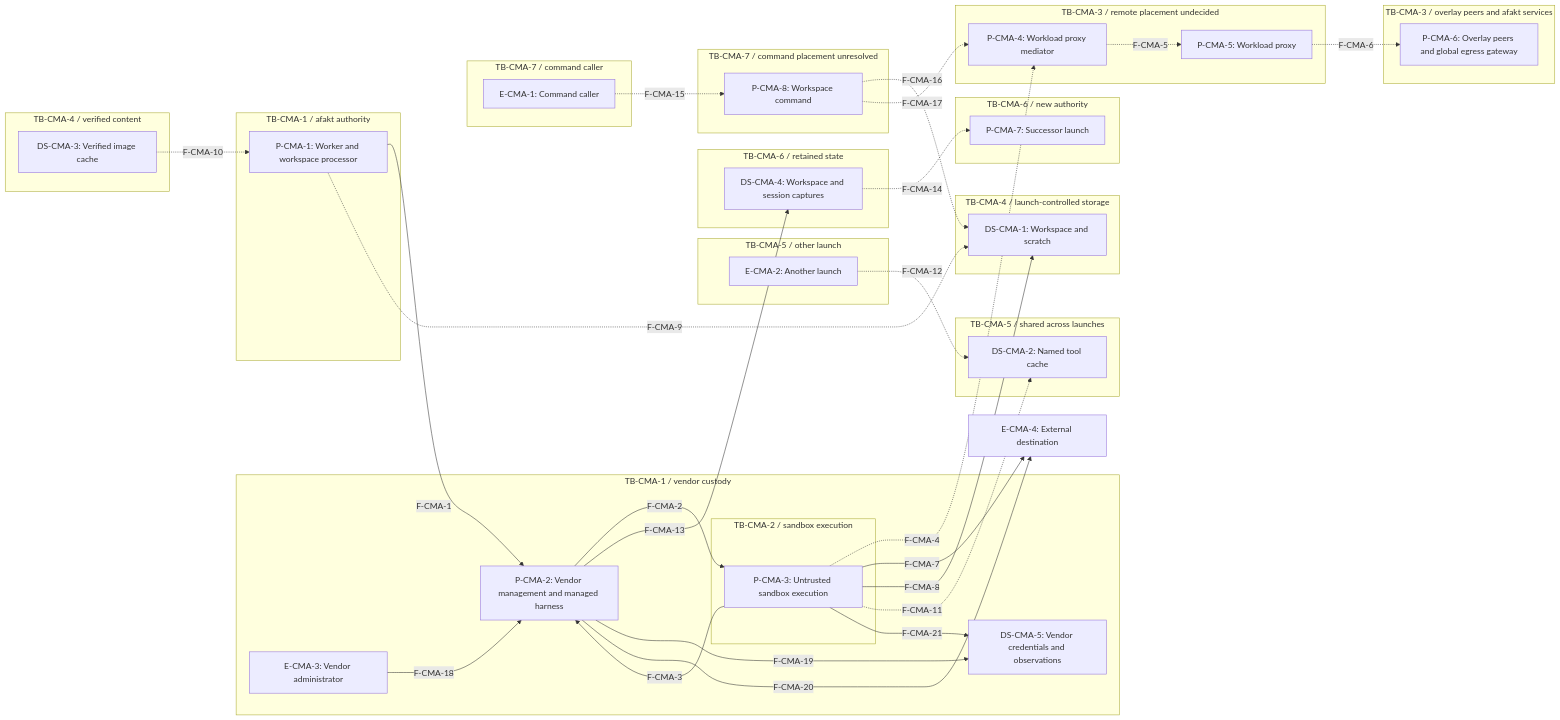
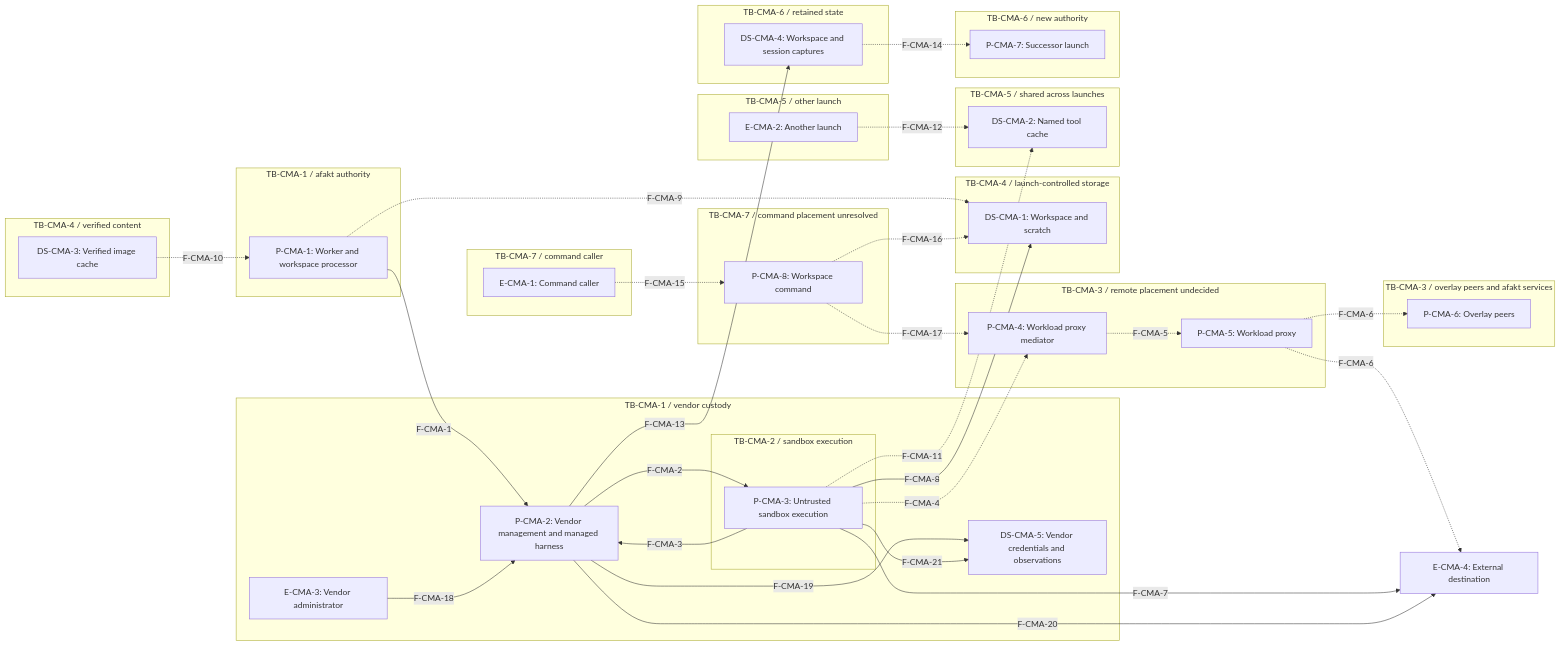
The first of 5 diagrams in docs/workload-threat-model-claude-managed-agents.md (tbhb-dev/afakt), drawn with Mermaid before and after one commit. The commit also changed other lines of this file and 32 other files, not shown here.

````diff
--- a/docs/workload-threat-model-claude-managed-agents.md
+++ b/docs/workload-threat-model-claude-managed-agents.md
@@ -64,67 +64,68 @@
 ```mermaid
 flowchart LR
     subgraph vendor["TB-CMA-1 / vendor custody"]
         P-CMA-2["P-CMA-2: Vendor management and managed harness"]
         E-CMA-3["E-CMA-3: Vendor administrator"]
         DS-CMA-5["DS-CMA-5: Vendor credentials and observations"]
         subgraph execution["TB-CMA-2 / sandbox execution"]
             P-CMA-3["P-CMA-3: Untrusted sandbox execution"]
         end
     end
     subgraph afakt["TB-CMA-1 / afakt authority"]
         P-CMA-1["P-CMA-1: Worker and workspace processor"]
     end
     subgraph mediation["TB-CMA-3 / remote placement undecided"]
         P-CMA-4["P-CMA-4: Workload proxy mediator"]
         P-CMA-5["P-CMA-5: Workload proxy"]
     end
     subgraph services["TB-CMA-3 / overlay peers and afakt services"]
-        P-CMA-6["P-CMA-6: Overlay peers and global egress gateway"]
+        P-CMA-6["P-CMA-6: Overlay peers"]
     end
     subgraph files["TB-CMA-4 / launch-controlled storage"]
         DS-CMA-1["DS-CMA-1: Workspace and scratch"]
     end
     subgraph images["TB-CMA-4 / verified content"]
         DS-CMA-3["DS-CMA-3: Verified image cache"]
     end
     subgraph shared["TB-CMA-5 / shared across launches"]
         DS-CMA-2["DS-CMA-2: Named tool cache"]
     end
     subgraph other["TB-CMA-5 / other launch"]
         E-CMA-2["E-CMA-2: Another launch"]
     end
     subgraph capture["TB-CMA-6 / retained state"]
         DS-CMA-4["DS-CMA-4: Workspace and session captures"]
     end
     subgraph successor["TB-CMA-6 / new authority"]
         P-CMA-7["P-CMA-7: Successor launch"]
     end
     subgraph caller["TB-CMA-7 / command caller"]
         E-CMA-1["E-CMA-1: Command caller"]
     end
     subgraph command["TB-CMA-7 / command placement unresolved"]
         P-CMA-8["P-CMA-8: Workspace command"]
     end
     E-CMA-4["E-CMA-4: External destination"]
     P-CMA-1 -->|"F-CMA-1"| P-CMA-2
     P-CMA-2 -->|"F-CMA-2"| P-CMA-3
     P-CMA-3 -->|"F-CMA-3"| P-CMA-2
     P-CMA-3 -.->|"F-CMA-4"| P-CMA-4
     P-CMA-4 -.->|"F-CMA-5"| P-CMA-5
     P-CMA-5 -.->|"F-CMA-6"| P-CMA-6
+    P-CMA-5 -.->|"F-CMA-6"| E-CMA-4
     P-CMA-3 -->|"F-CMA-7"| E-CMA-4
     P-CMA-3 -->|"F-CMA-8"| DS-CMA-1
     P-CMA-1 -.->|"F-CMA-9"| DS-CMA-1
     DS-CMA-3 -.->|"F-CMA-10"| P-CMA-1
     P-CMA-3 -.->|"F-CMA-11"| DS-CMA-2
     E-CMA-2 -.->|"F-CMA-12"| DS-CMA-2
     P-CMA-2 -->|"F-CMA-13"| DS-CMA-4
     DS-CMA-4 -.->|"F-CMA-14"| P-CMA-7
     E-CMA-1 -.->|"F-CMA-15"| P-CMA-8
     P-CMA-8 -.->|"F-CMA-16"| DS-CMA-1
     P-CMA-8 -.->|"F-CMA-17"| P-CMA-4
     E-CMA-3 -->|"F-CMA-18"| P-CMA-2
     P-CMA-2 -->|"F-CMA-19"| DS-CMA-5
     P-CMA-2 -->|"F-CMA-20"| E-CMA-4
     P-CMA-3 -->|"F-CMA-21"| DS-CMA-5
 ```
````
